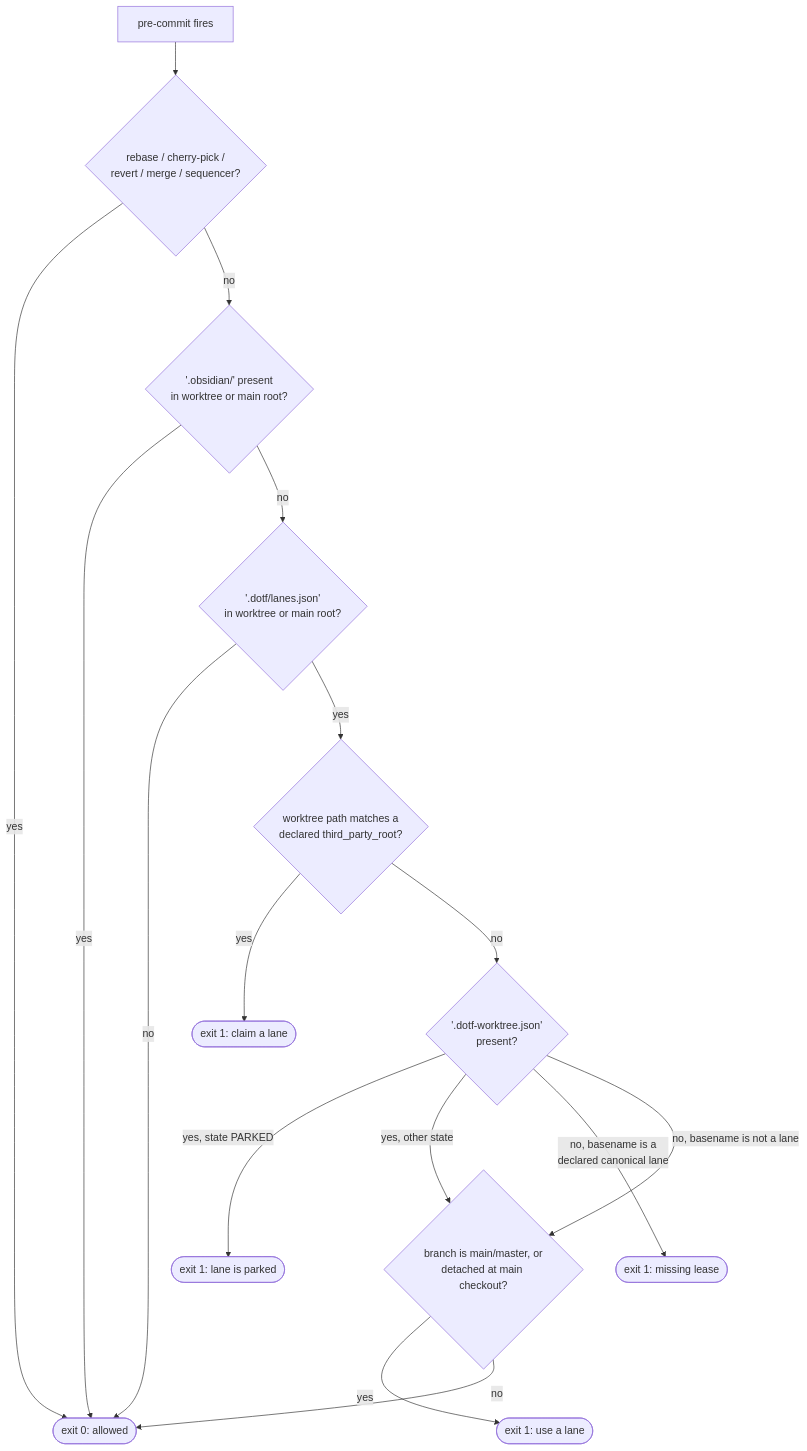
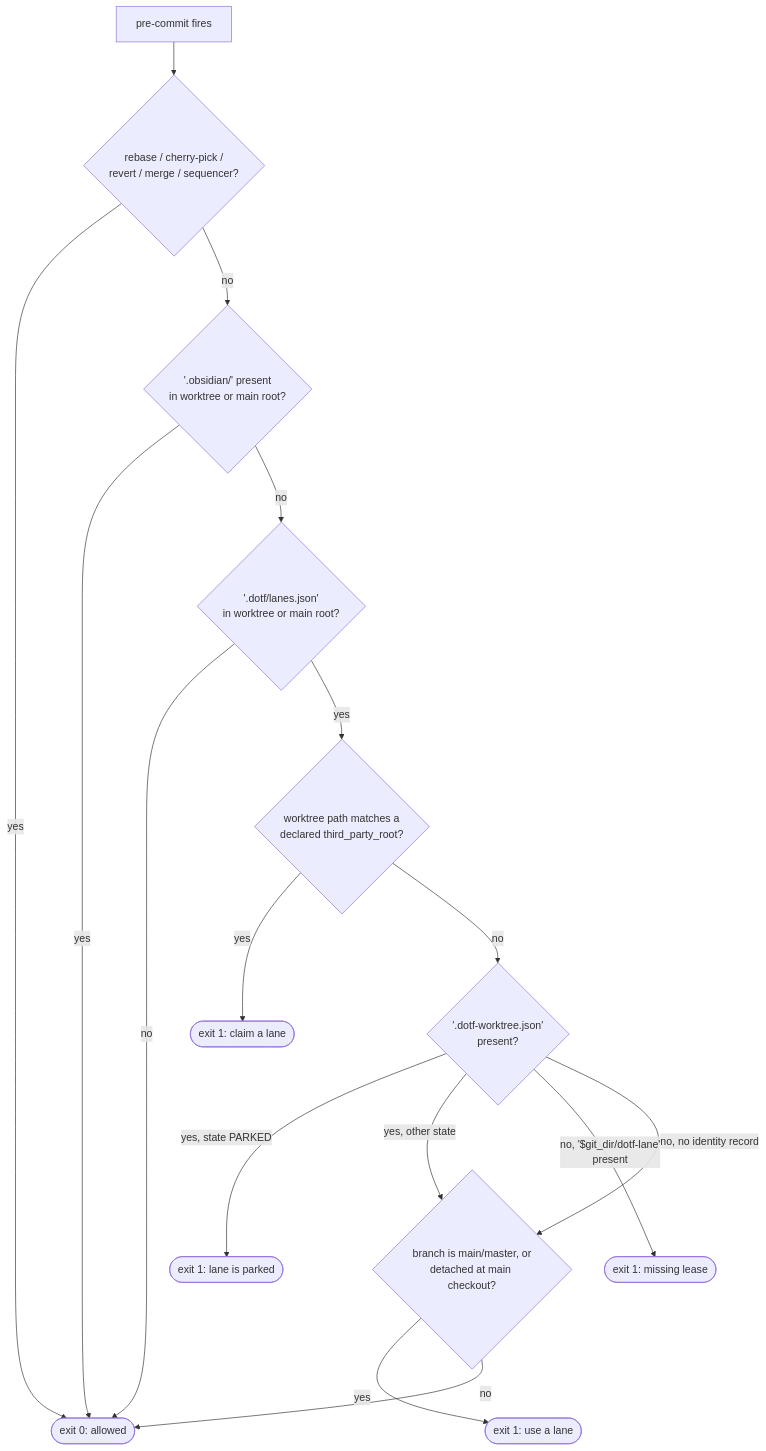
One commit to mlorentedev/dotfiles changed the second of 3 diagrams in docs/runbooks/guide-persistent-named-lanes.md. Above: the diagram before and after it, drawn with Mermaid. The commit also changed other lines of this file and 2 other files, not shown here.

Commit message:
docs(lanes): record the identity in the worktree git dir, ADR-061 and lesson 579 (#3261)

````diff
--- a/docs/runbooks/guide-persistent-named-lanes.md
+++ b/docs/runbooks/guide-persistent-named-lanes.md
@@ -83,19 +93,19 @@
 ```mermaid
 flowchart TD
   A[pre-commit fires] --> B{rebase / cherry-pick /<br/>revert / merge / sequencer?}
   B -->|yes| OK([exit 0: allowed])
   B -->|no| C{'.obsidian/' present<br/>in worktree or main root?}
   C -->|yes| OK
   C -->|no| D{'.dotf/lanes.json'<br/>in worktree or main root?}
   D -->|no| OK
   D -->|yes| E{worktree path matches a<br/>declared third_party_root?}
   E -->|yes| B1([exit 1: claim a lane])
   E -->|no| F{'.dotf-worktree.json'<br/>present?}
   F -->|yes, state PARKED| B2([exit 1: lane is parked])
   F -->|yes, other state| H
-  F -->|no, basename is a<br/>declared canonical lane| B3([exit 1: missing lease])
-  F -->|no, basename is not a lane| H
+  F -->|no, '$git_dir/dotf-lane'<br/>present| B3([exit 1: missing lease])
+  F -->|no, no identity record| H
   H{branch is main/master, or<br/>detached at main checkout?}
   H -->|yes| B4([exit 1: use a lane])
   H -->|no| OK
 ```
````
